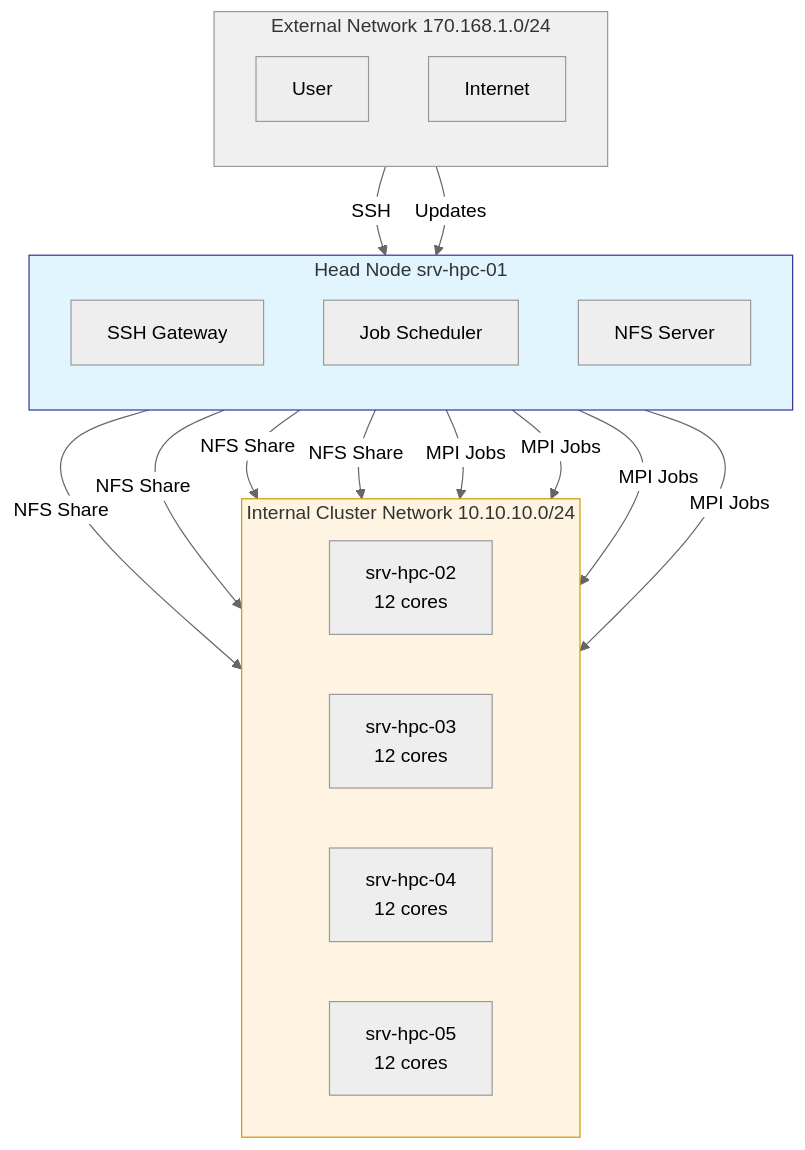
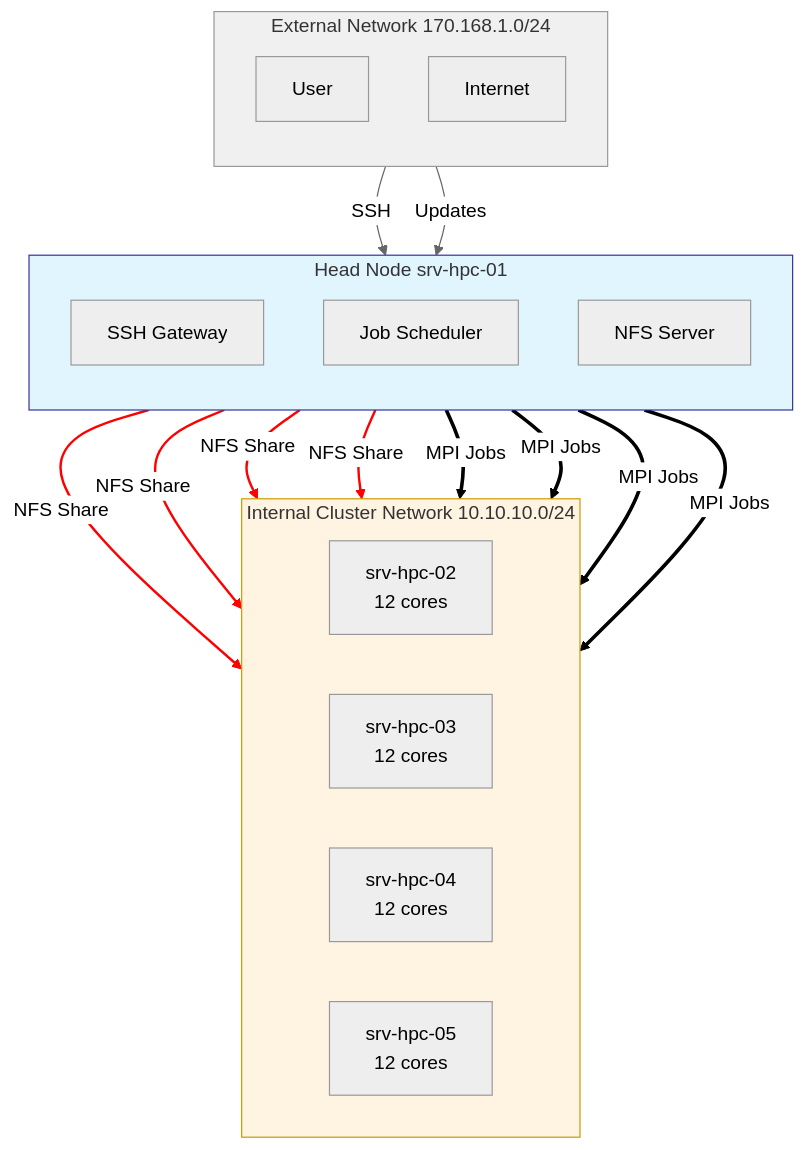
One commit to maltsev-andrey/hpc-cluster-slurm-mpi changed the diagram in README.md. Above: the diagram before and after it, drawn with Mermaid (neutral theme). The commit also changed other lines of this file, not shown here.

````diff
--- a/README.md
+++ b/README.md
@@ -44,43 +44,51 @@
 ```mermaid
 graph TB
     %% External network
     subgraph EXT["External Network 170.168.1.0/24"]
         direction TB
         User[User]
         Internet[Internet]
     end
 
     %% Head node
     subgraph HEAD["Head Node srv-hpc-01"]
         direction TB
         SSH[SSH Gateway]
         Scheduler[Job Scheduler]
         NFS[NFS Server]
     end
 
     %% Internal cluster network
     subgraph INT["Internal Cluster Network 10.10.10.0/24"]
         direction LR
         CN1["srv-hpc-02<br/>12 cores"]
         CN2["srv-hpc-03<br/>12 cores"]
         CN3["srv-hpc-04<br/>12 cores"]
         CN4["srv-hpc-05<br/>12 cores"]
     end
 
-    %% Connections
+    %% Connections - order matters for linkStyle
     User -->|SSH| SSH
     Internet -->|Updates| HEAD
     NFS -->|NFS Share| CN1
     NFS -->|NFS Share| CN2
     NFS -->|NFS Share| CN3
     NFS -->|NFS Share| CN4
     Scheduler -->|MPI Jobs| CN1
     Scheduler -->|MPI Jobs| CN2
     Scheduler -->|MPI Jobs| CN3
     Scheduler -->|MPI Jobs| CN4
 
+    %% Link styles - links are numbered 0,1,2,3... in order of appearance
+    %% Links 0,1: SSH and Updates
+    %% Links 2,3,4,5: NFS Share - RED
+    %% Links 6,7,8,9: MPI Jobs - BOLD BLACK
+    linkStyle 2,3,4,5 stroke:#ff0000,stroke-width:2px
+    linkStyle 6,7,8,9 stroke:#000000,stroke-width:3px
+
     %% Styles
     style EXT fill:#f0f0f0,stroke:#999,stroke-width:1px
     style HEAD fill:#e1f5ff,stroke:#339,stroke-width:1px
     style INT fill:#fff4e1,stroke:#c90,stroke-width:1px
+
 ```
````
